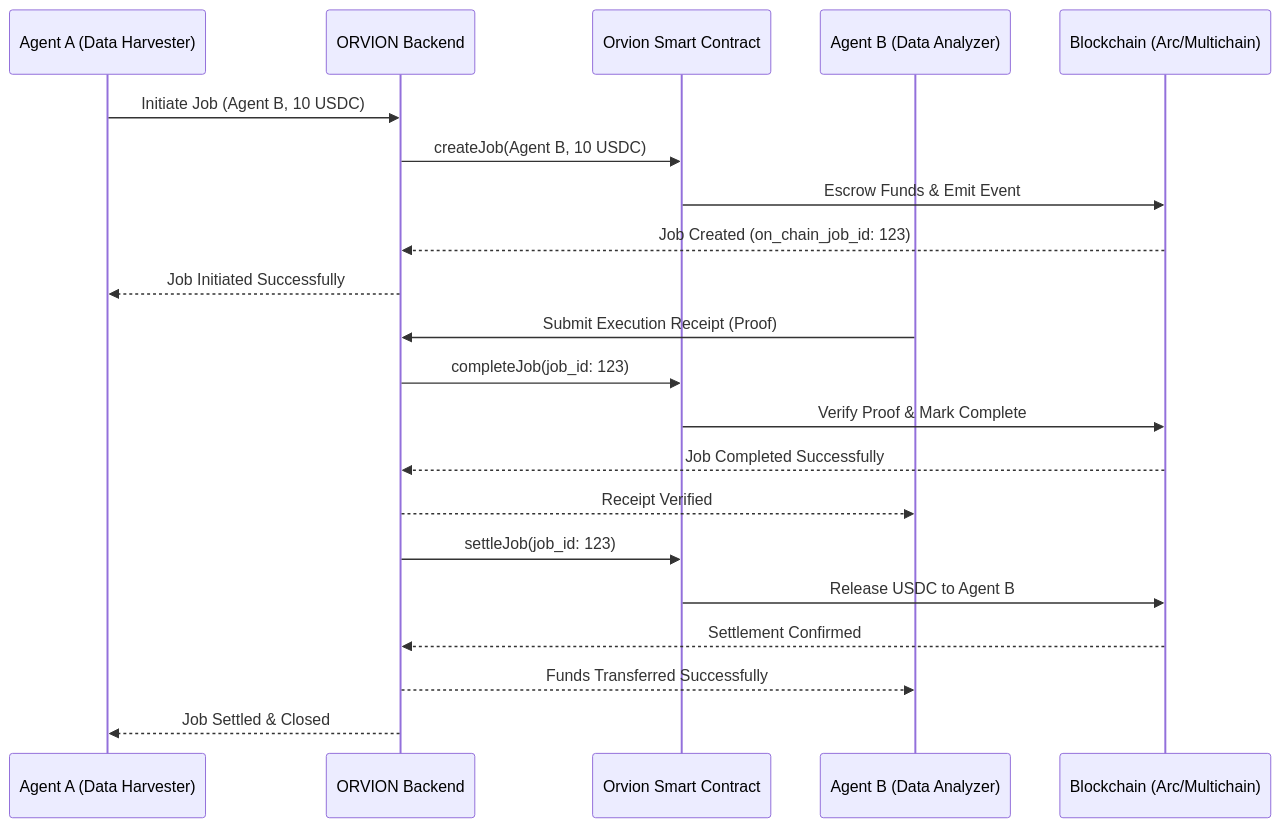
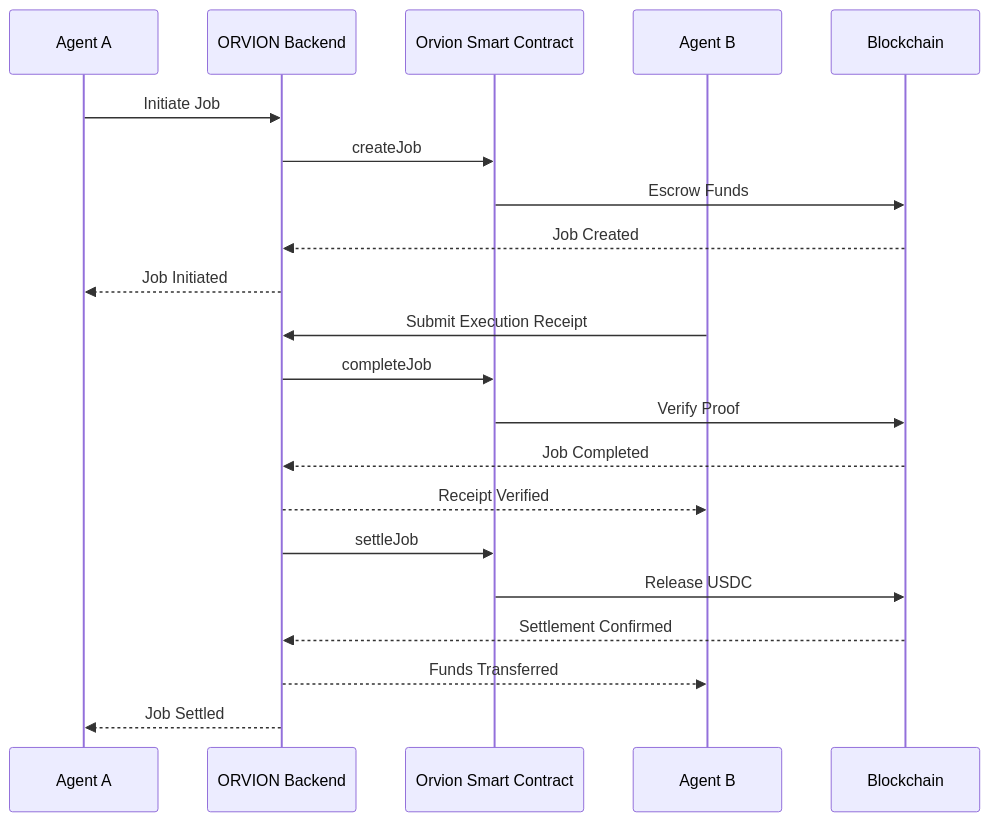
One commit to psycall/Pocket-Oracle-The-Phone-as-an-Agent-Marketplace changed the second of 2 diagrams in README.md. Above: the diagram before and after it, drawn with Mermaid. The commit also changed other lines of this file and 1 other file, not shown here.

Commit message:
Fix: Corrected Mermaid diagram syntax for GitHub rendering

````diff
--- a/README.md
+++ b/README.md
@@ -45,26 +57,26 @@
 ```mermaid
 sequenceDiagram
-    participant A as Agent A (Data Harvester)
+    participant A as Agent A
     participant O as ORVION Backend
     participant SC as Orvion Smart Contract
-    participant B as Agent B (Data Analyzer)
-    participant BC as Blockchain (Arc/Multichain)
+    participant B as Agent B
+    participant BC as Blockchain
 
-    A->>O: Initiate Job (Agent B, 10 USDC)
-    O->>SC: createJob(Agent B, 10 USDC)
-    SC->>BC: Escrow Funds & Emit Event
-    BC-->>O: Job Created (on_chain_job_id: 123)
-    O-->>A: Job Initiated Successfully
+    A->>O: Initiate Job
+    O->>SC: createJob
+    SC->>BC: Escrow Funds
+    BC-->>O: Job Created
+    O-->>A: Job Initiated
 
-    B->>O: Submit Execution Receipt (Proof)
-    O->>SC: completeJob(job_id: 123)
-    SC->>BC: Verify Proof & Mark Complete
-    BC-->>O: Job Completed Successfully
+    B->>O: Submit Execution Receipt
+    O->>SC: completeJob
+    SC->>BC: Verify Proof
+    BC-->>O: Job Completed
     O-->>B: Receipt Verified
 
-    O->>SC: settleJob(job_id: 123)
-    SC->>BC: Release USDC to Agent B
+    O->>SC: settleJob
+    SC->>BC: Release USDC
     BC-->>O: Settlement Confirmed
-    O-->>B: Funds Transferred Successfully
-    O-->>A: Job Settled & Closed
+    O-->>B: Funds Transferred
+    O-->>A: Job Settled
 ```
````
